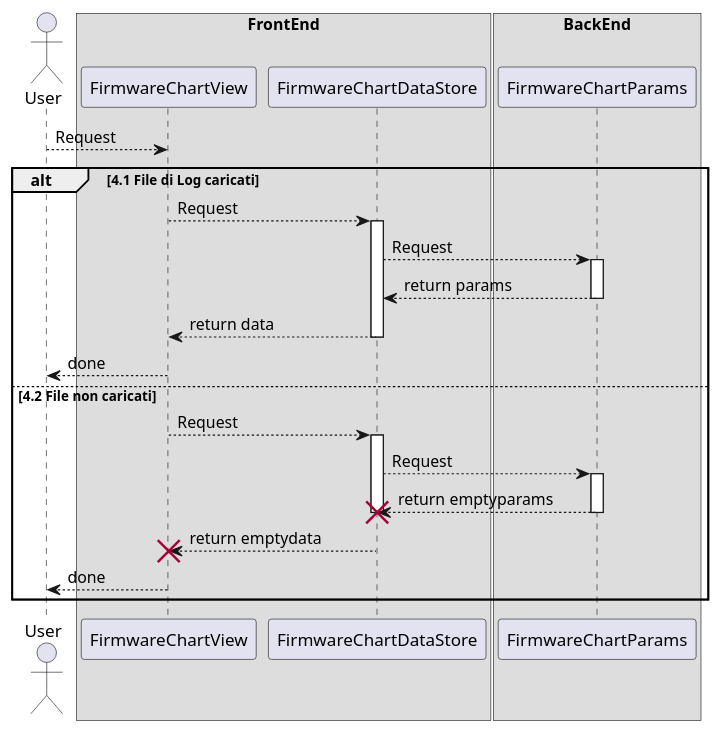
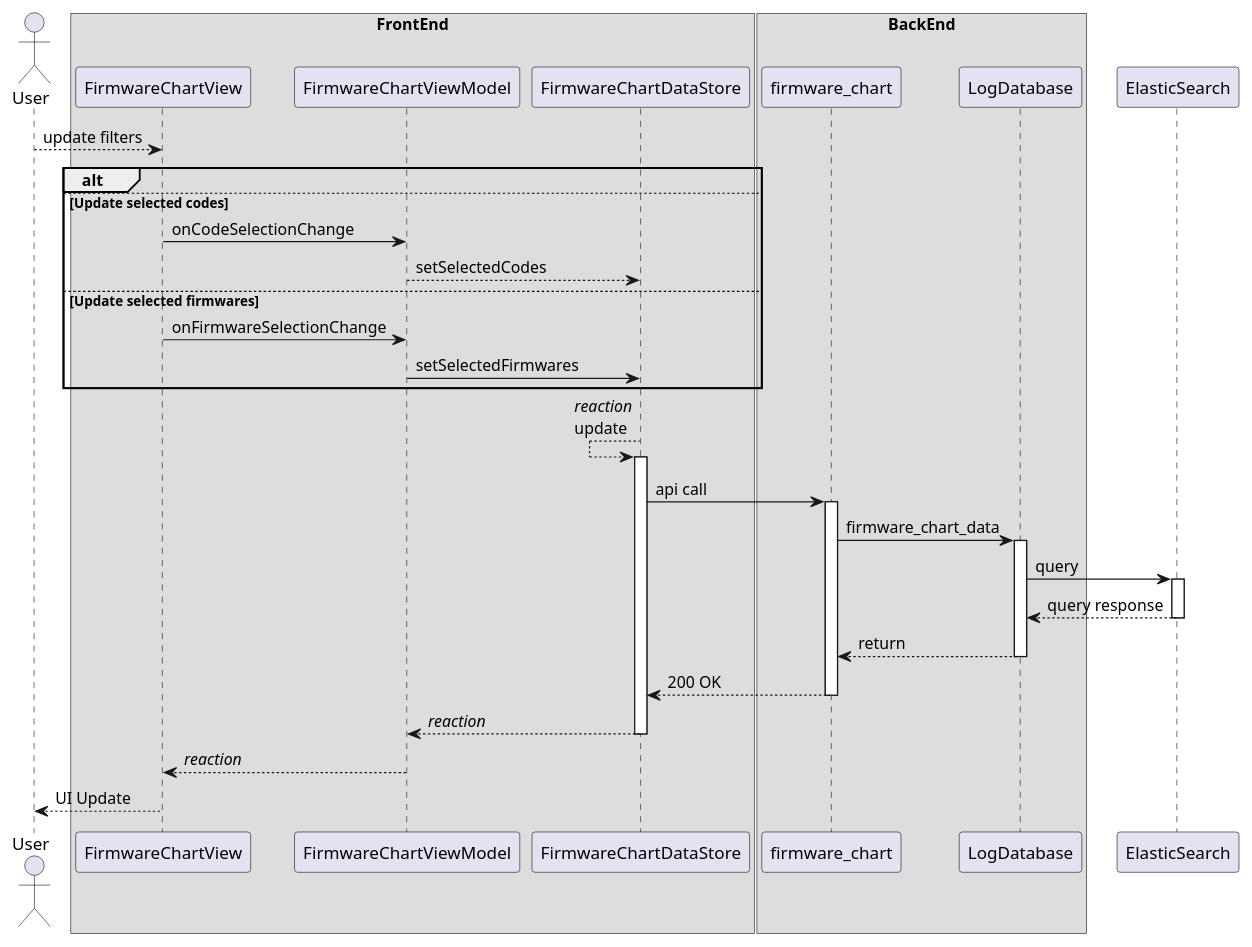
Before and after one commit to sevenelevendevunipd/docs: diagram 12 of 13 in allegato_tecnico.md, drawn with PlantUML. The commit also changed other lines of this file, not shown here.

````diff
--- a/allegato_tecnico.md
+++ b/allegato_tecnico.md
@@ -733,34 +910,47 @@
 ```{ .plantuml caption="Diagramma S5"}
 @startuml
 actor User
 box "FrontEnd"
 participant FirmwareChartView
+participant FirmwareChartViewModel
 participant FirmwareChartDataStore
 end box
 box "BackEnd"
-participant FirmwareChartParams
+participant firmware_chart
+participant LogDatabase
 end box
-User-->FirmwareChartView:Request
-alt 4.1 File di Log caricati
-FirmwareChartView-->FirmwareChartDataStore:Request
+participant ElasticSearch
+
+User --> FirmwareChartView: update filters
+
+alt
+else Update selected codes
+FirmwareChartView -> FirmwareChartViewModel: onCodeSelectionChange
+FirmwareChartViewModel --> FirmwareChartDataStore: setSelectedCodes
+else Update selected firmwares
+FirmwareChartView -> FirmwareChartViewModel: onFirmwareSelectionChange
+FirmwareChartViewModel -> FirmwareChartDataStore: setSelectedFirmwares
+end
+
+FirmwareChartDataStore <-- FirmwareChartDataStore: //reaction//\nupdate
 activate FirmwareChartDataStore
-FirmwareChartDataStore-->FirmwareChartParams:Request
-activate FirmwareChartParams
-FirmwareChartDataStore<--FirmwareChartParams:return params
-deactivate FirmwareChartParams
-FirmwareChartView<--FirmwareChartDataStore  :return data
+FirmwareChartDataStore -> firmware_chart: api call
+activate firmware_chart
+firmware_chart -> LogDatabase: firmware_chart_data
+activate LogDatabase
+LogDatabase -> ElasticSearch: query
+activate ElasticSearch
+LogDatabase <-- ElasticSearch: query response
+deactivate ElasticSearch
+firmware_chart <-- LogDatabase: return
+deactivate LogDatabase
+FirmwareChartDataStore <-- firmware_chart: 200 OK
+deactivate firmware_chart
+FirmwareChartViewModel <-- FirmwareChartDataStore: //reaction//
 deactivate FirmwareChartDataStore
-User<--FirmwareChartView:done
-else 4.2 File non caricati
-FirmwareChartView-->FirmwareChartDataStore:Request
-activate FirmwareChartDataStore
-FirmwareChartDataStore-->FirmwareChartParams:Request
-activate FirmwareChartParams
-FirmwareChartDataStore<--FirmwareChartParams !! :return emptyparams
-deactivate FirmwareChartParams
-FirmwareChartView<--FirmwareChartDataStore  !!:return emptydata
-deactivate FirmwareChartDataStore
-User<--FirmwareChartView:done
-end
+FirmwareChartView <-- FirmwareChartViewModel: //reaction//
+
+User <-- FirmwareChartView: UI Update
+
 @enduml
 ```
````
